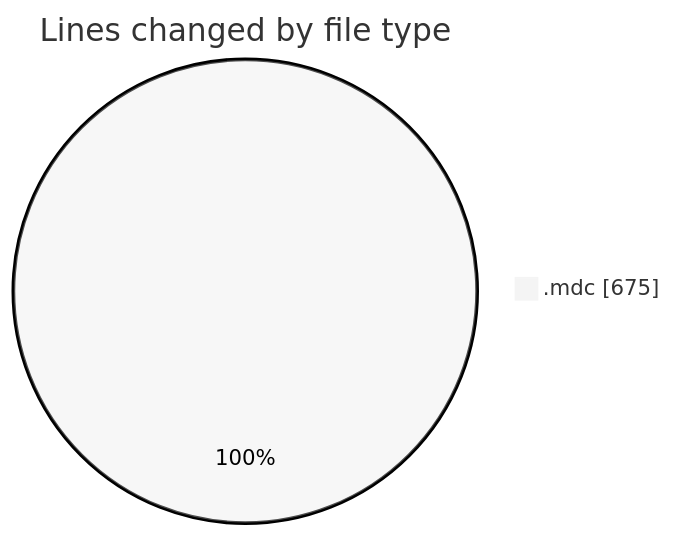
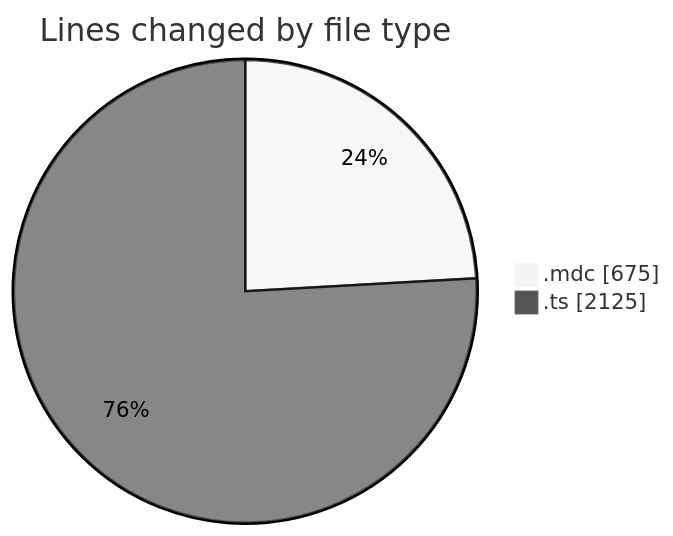
One commit to CELIANVF/code-tracking changed the first of 2 diagrams in 2025-06-05/ecodeli-1/README.md. Above: the diagram before and after it, drawn with Mermaid (neutral theme). The commit also changed other lines of this file and 1 other file, not shown here.

````diff
--- a/2025-06-05/ecodeli-1/README.md
+++ b/2025-06-05/ecodeli-1/README.md
@@ -22,5 +28,6 @@
 ```mermaid
 pie showData
 title Lines changed by file type
 ".mdc" : 675
+".ts" : 2125
 ```
````
